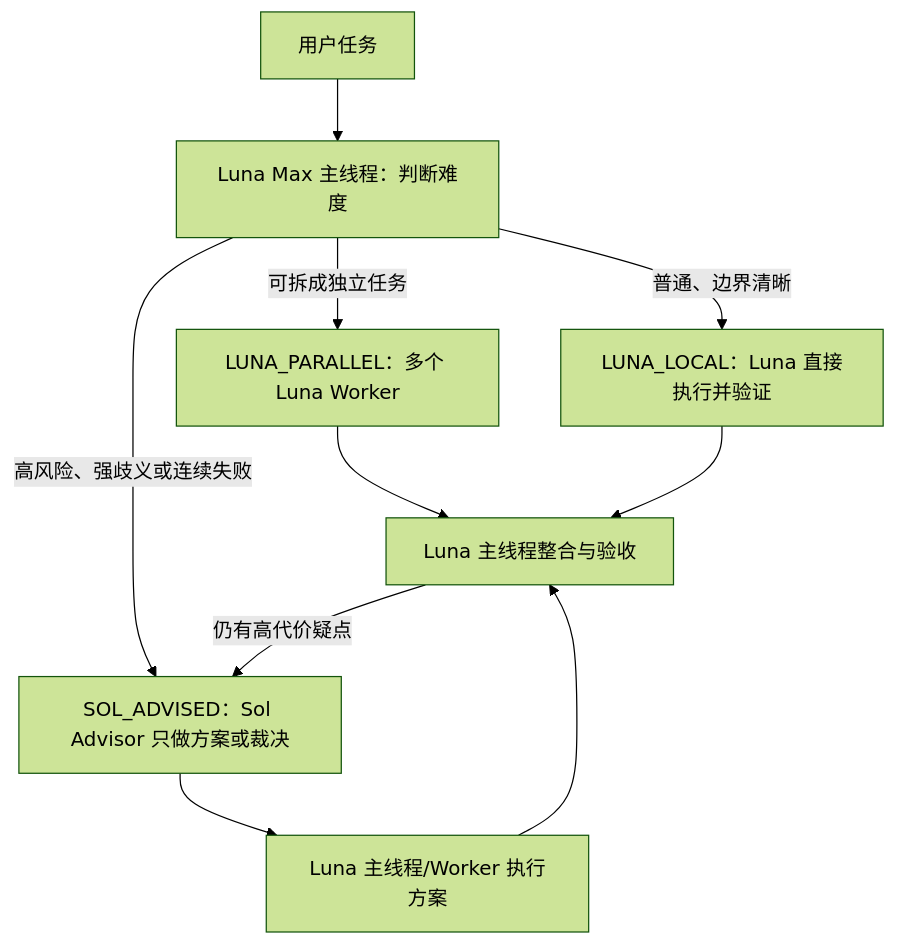
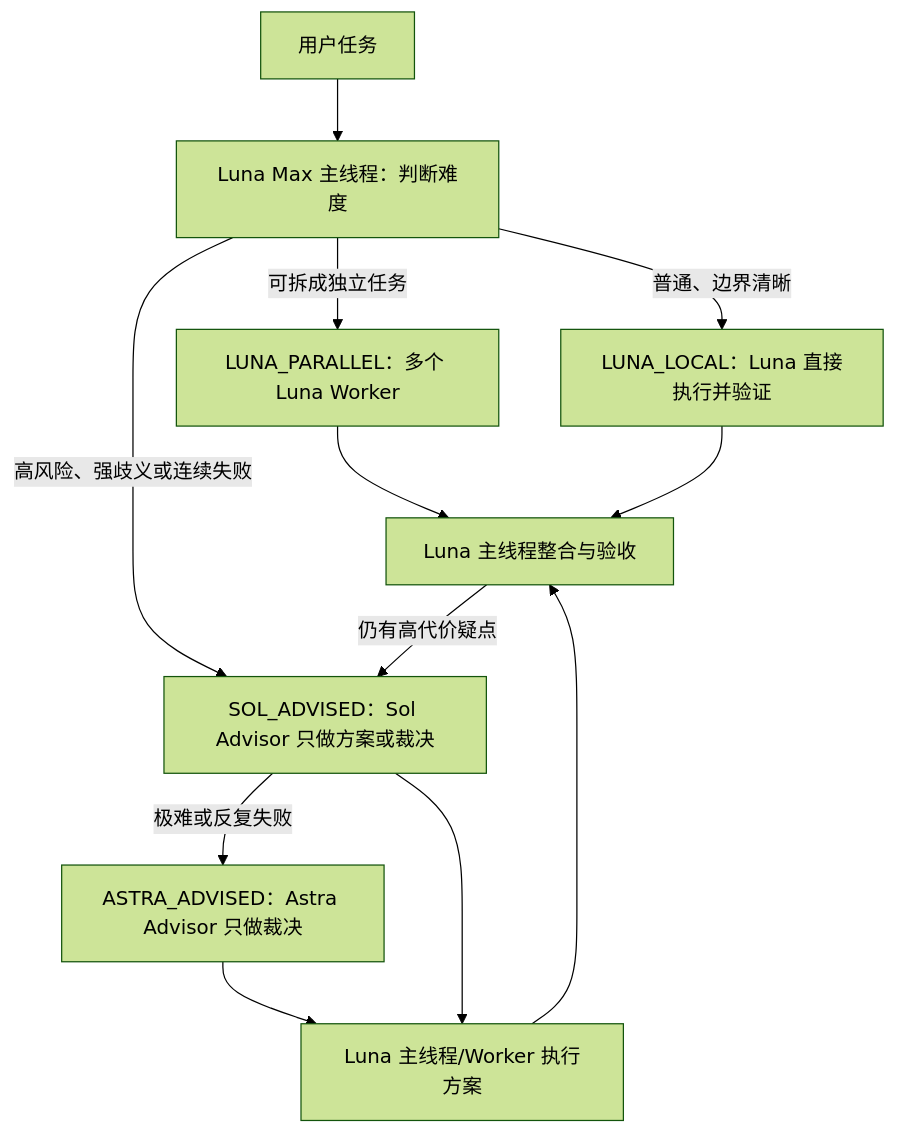
Before and after one commit to AnappleO/sol-luna-engineering-workflow: the diagram in README.md, drawn with Mermaid (forest theme). The commit also changed other lines of this file and 7 other files, not shown here.

Commit message:
Upgrade Sol advisor, add Astra, and document model updates

````diff
--- a/README.md
+++ b/README.md
@@ -11,12 +11,14 @@
 ```mermaid
 flowchart TD
     U["用户任务"] --> L["Luna Max 主线程：判断难度"]
     L -->|普通、边界清晰| E["LUNA_LOCAL：Luna 直接执行并验证"]
     L -->|可拆成独立任务| P["LUNA_PARALLEL：多个 Luna Worker"]
     L -->|高风险、强歧义或连续失败| S["SOL_ADVISED：Sol Advisor 只做方案或裁决"]
+    S -->|极难或反复失败| A["ASTRA_ADVISED：Astra Advisor 只做裁决"]
+    A --> X
     S --> X["Luna 主线程/Worker 执行方案"]
     P --> V["Luna 主线程整合与验收"]
     E --> V
     X --> V
     V -->|仍有高代价疑点| S
 ```
````
